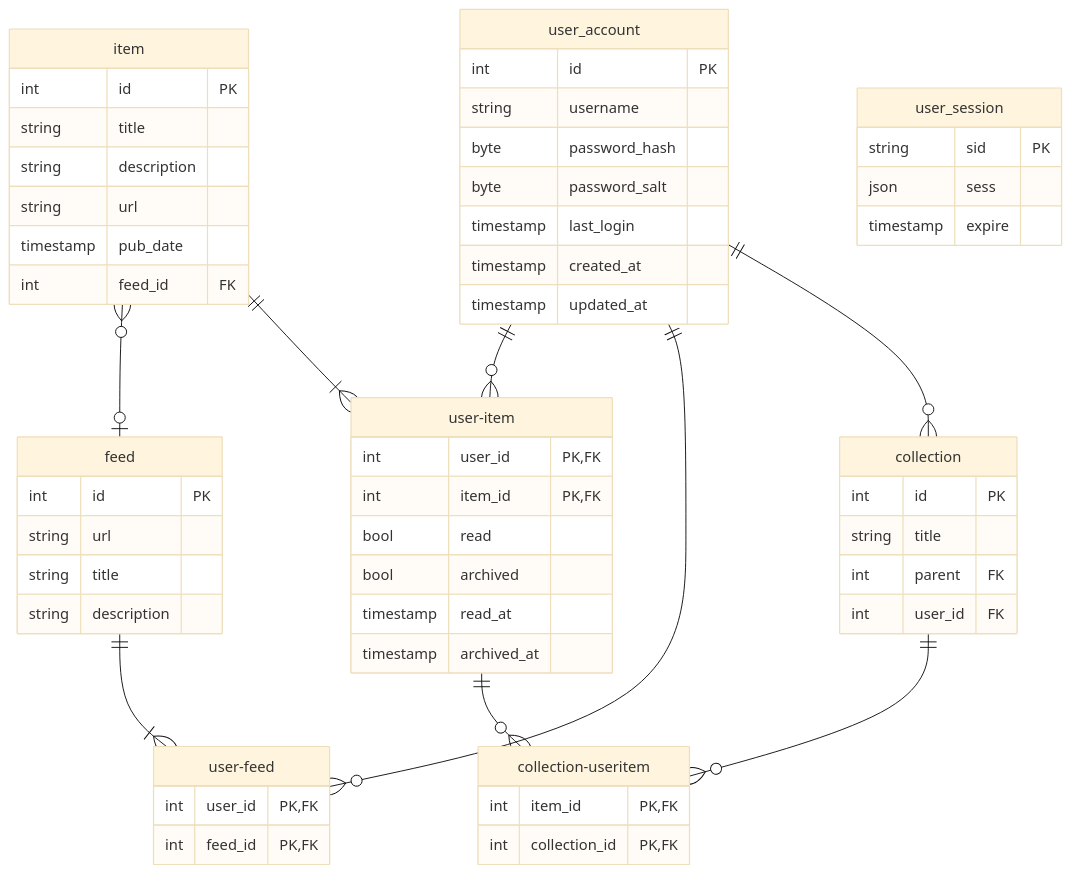
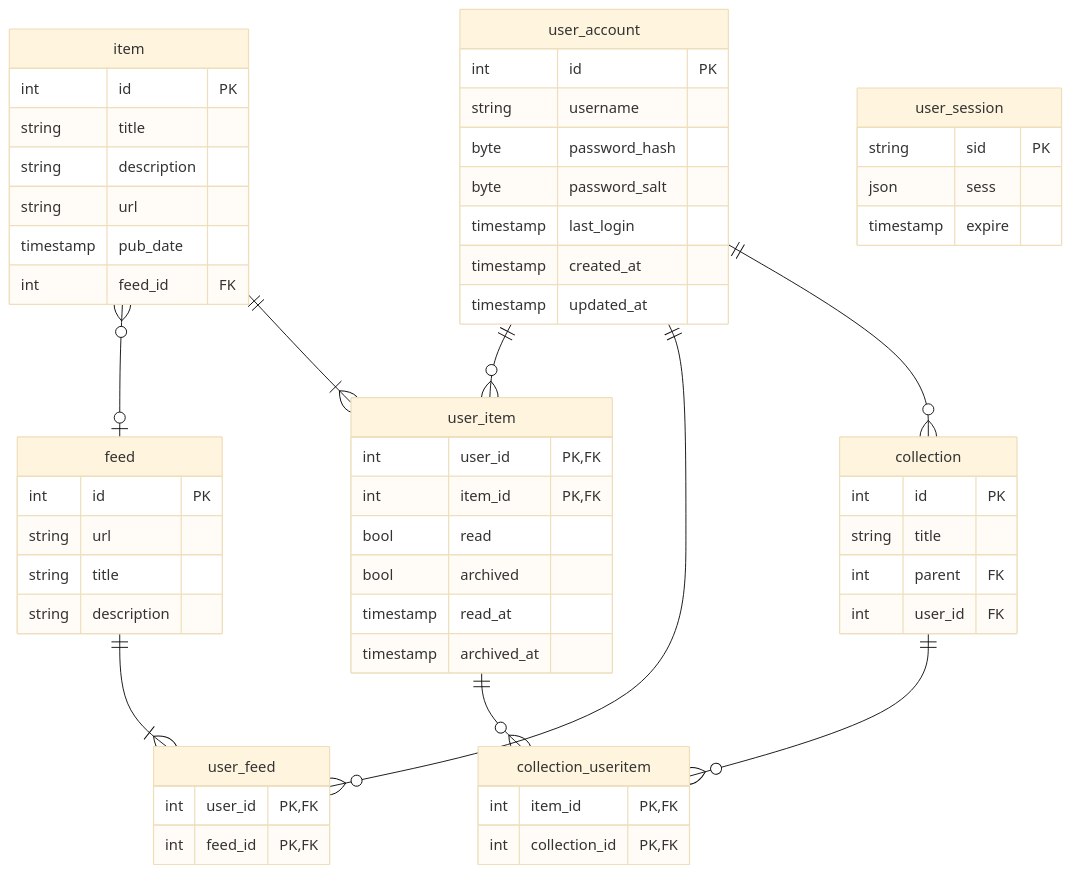
One commit to tylershelton/inflow changed the diagram in database/README.md. Above: the diagram before and after it, drawn with Mermaid (base theme).

Commit message:
Remove (illegal) hyphens from table names

````diff
--- a/database/README.md
+++ b/database/README.md
@@ -3,65 +3,65 @@
 ```mermaid
 erDiagram
   collection {
 	  int id PK
 	  string title
 	  int parent FK
 	  int user_id FK
 	}
 	feed {
 		int id PK
 		string url
 		string title
 		string description
 	}
 	item {
 		int id PK
 		string title
 		string description
 		string url
 		timestamp pub_date
 		int feed_id FK
 	}
 	user_account {
 		int id PK
 		string username
 		byte password_hash
 		byte password_salt
 		timestamp last_login
 		timestamp created_at
 		timestamp updated_at
 	}
 	user_session {
 		string sid PK
 		json sess
 		timestamp expire
 	}
-	collection-useritem {
+	collection_useritem {
 		int item_id PK,FK
 		int collection_id PK,FK
 	}
-	user-feed {
+	user_feed {
 		int user_id PK,FK
 		int feed_id PK,FK
 	}
-	user-item {
+	user_item {
 		int user_id PK,FK
 		int item_id PK,FK
 		bool read
 		bool archived
 		timestamp read_at
 		timestamp archived_at
 	}
 	
 	item zero or many -- zero or one feed : ""
-	user-item one -- zero or more collection-useritem : ""
-	item one -- one or more user-item : ""
+	user_item one -- zero or more collection_useritem : ""
+	item one -- one or more user_item : ""
 
-	user_account one -- zero or more user-item  : ""
-	user_account one -- zero or more user-feed  : ""
+	user_account one -- zero or more user_item  : ""
+	user_account one -- zero or more user_feed  : ""
 	user_account one -- zero or more collection : ""
 	
-	feed one -- one or more user-feed : ""
+	feed one -- one or more user_feed : ""
 	
-	collection one -- zero or more collection-useritem : ""
+	collection one -- zero or more collection_useritem : ""
 ```
````
